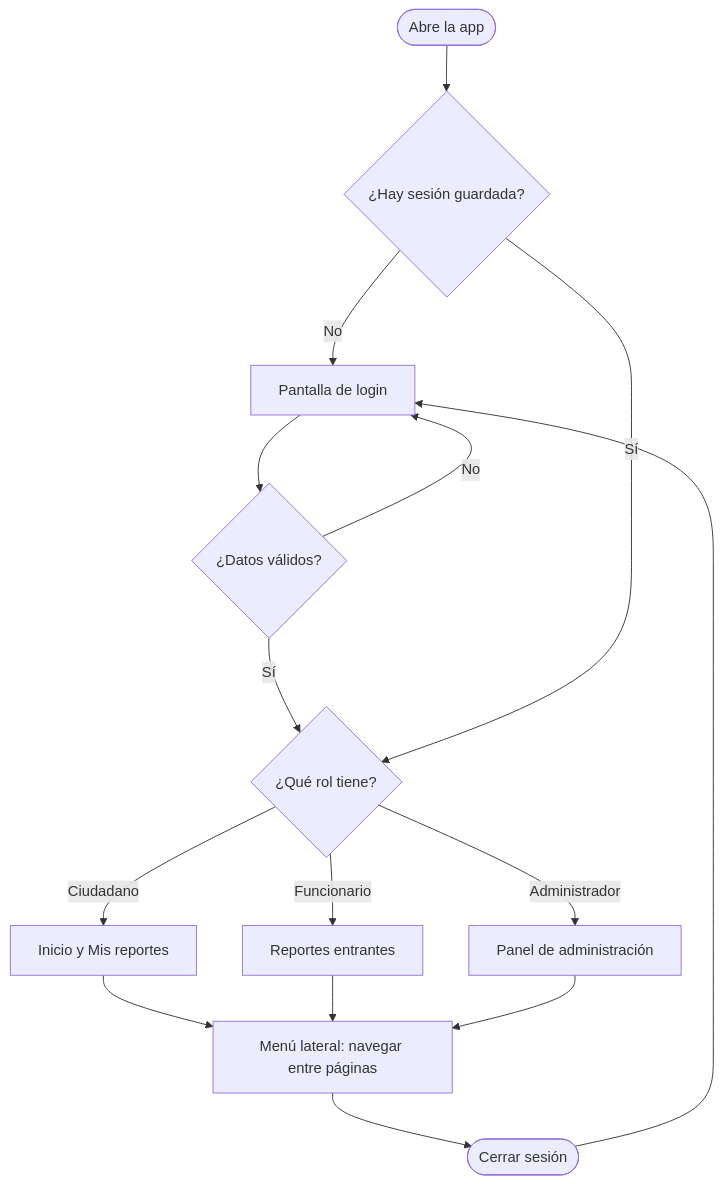
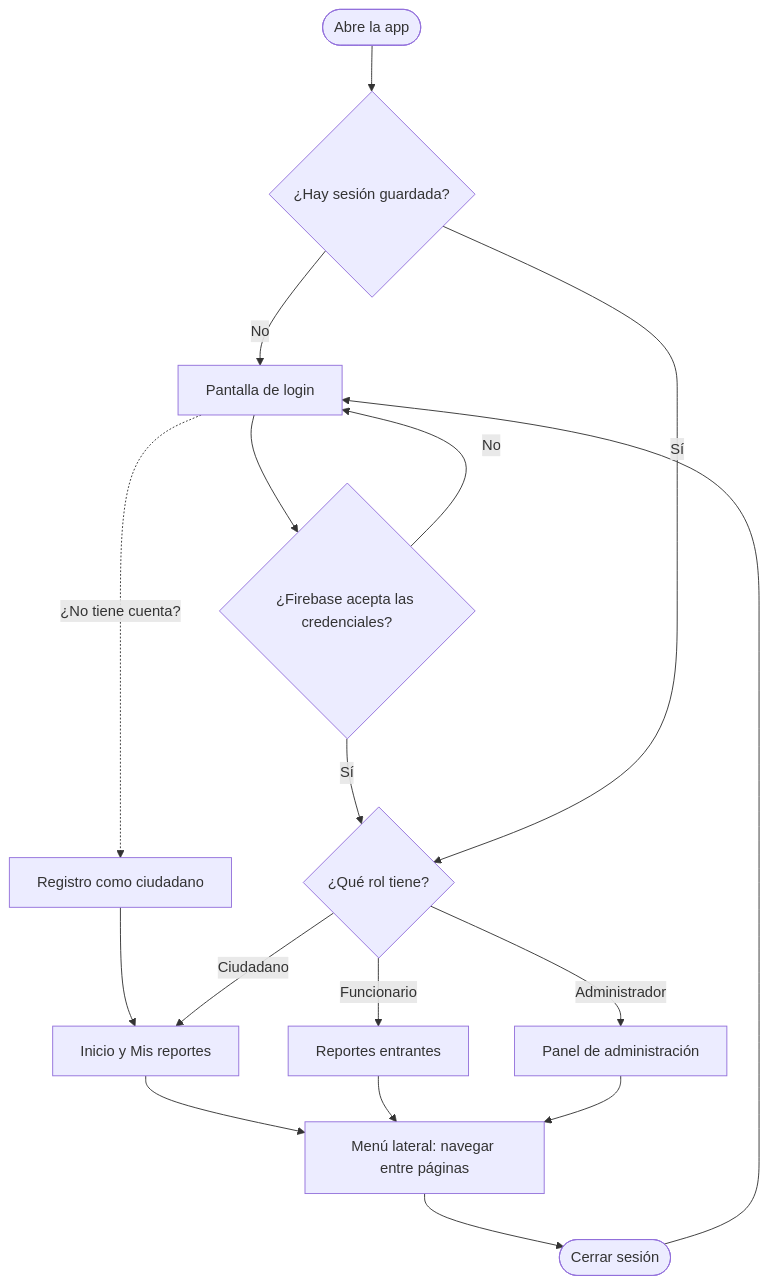
One commit to Tucostefav/ciudad-activa changed the fourth of 5 diagrams in docs/diagramas-app.md. Above: the diagram before and after it, drawn with Mermaid. The commit also changed other lines of this file and 24 other files, not shown here.

````diff
--- a/docs/diagramas-app.md
+++ b/docs/diagramas-app.md
@@ -78,17 +140,19 @@
 ```mermaid
 flowchart TD
   A([Abre la app]) --> B{¿Hay sesión guardada?}
   B -- No --> L[Pantalla de login]
-  L --> C{¿Datos válidos?}
+  L -. ¿No tiene cuenta? .-> REG[Registro como ciudadano]
+  REG --> H
+  L --> C{¿Firebase acepta las credenciales?}
   C -- No --> L
   C -- Sí --> R{¿Qué rol tiene?}
   B -- Sí --> R
   R -- Ciudadano --> H[Inicio y Mis reportes]
   R -- Funcionario --> M[Reportes entrantes]
   R -- Administrador --> D[Panel de administración]
   H --> MENU[Menú lateral: navegar entre páginas]
   M --> MENU
   D --> MENU
   MENU --> F([Cerrar sesión])
   F --> L
 ```
````
